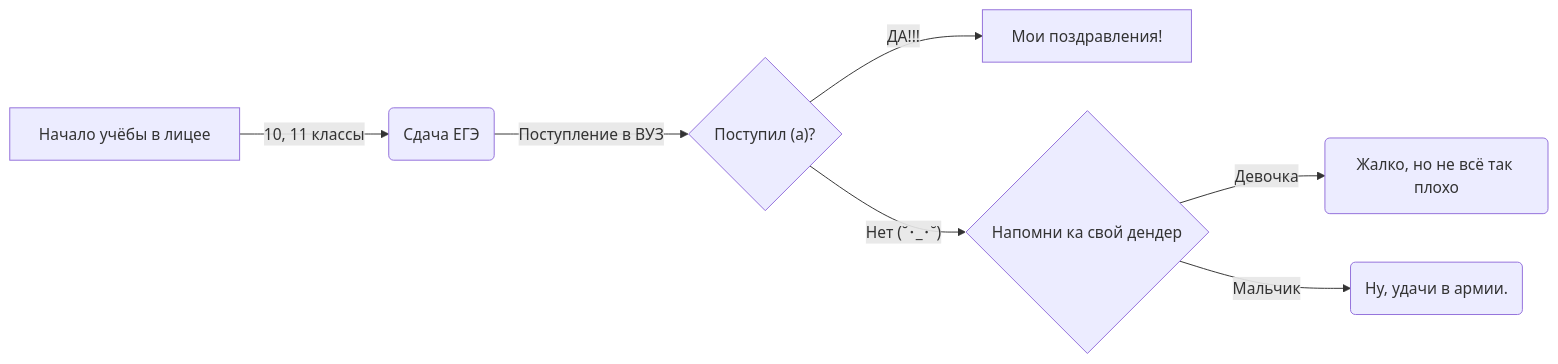
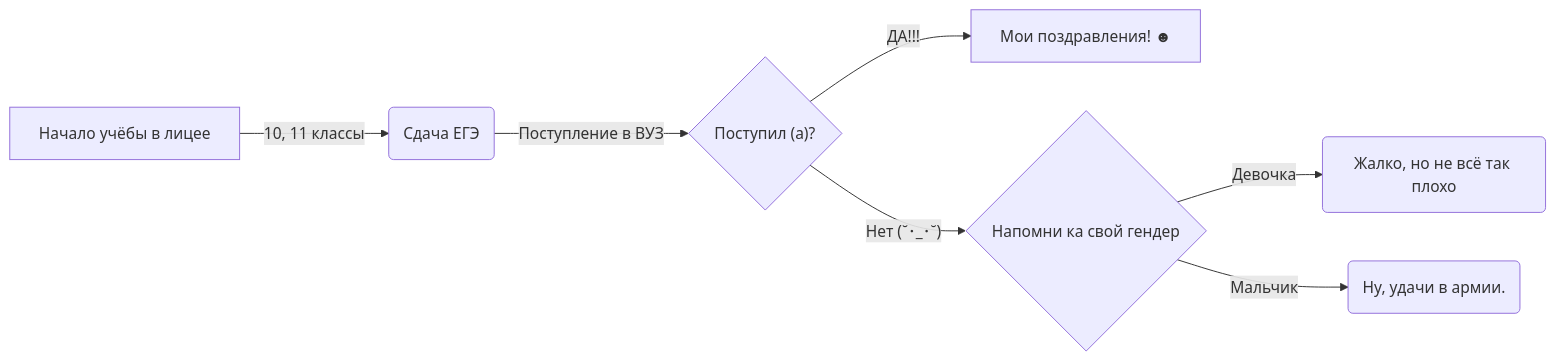
The diagram in README.md (NightSkymbry/tpu-lic-Osipov-Slava), drawn with Mermaid before and after one commit.

````diff
--- a/README.md
+++ b/README.md
@@ -5,10 +5,10 @@
 ```mermaid
 flowchart LR
 
 A[Начало учёбы в лицее] -->|10, 11 классы| B(Сдача ЕГЭ)
 B -->|Поступление в ВУЗ| C{"Поступил (а)?"}
-C -->|ДА!!!| D[Мои поздравления!]
-C -->|"Нет (˘･_･˘)"| E{Напомни ка свой дендер}
+C -->|ДА!!!| D["Мои поздравления! ☻"]
+C -->|"Нет (˘･_･˘)"| E{Напомни ка свой гендер}
 E -->|Девочка| F(Жалко, но не всё так плохо)
 E -->|Мальчик| G(Ну, удачи в армии.)
 ```
````
